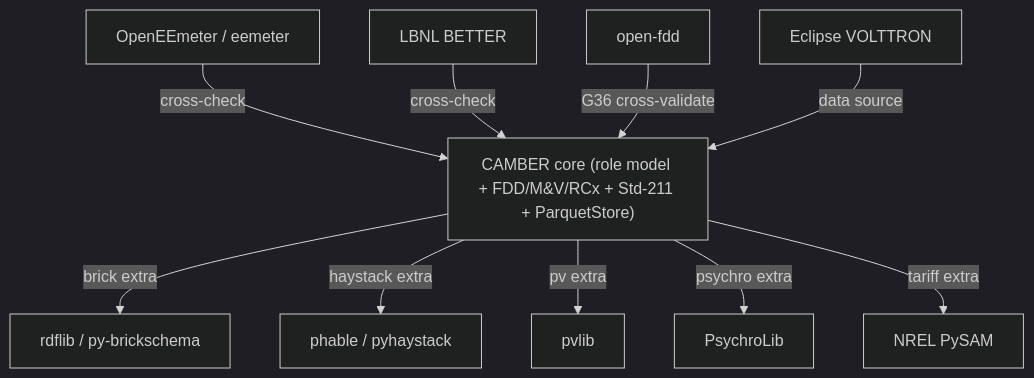
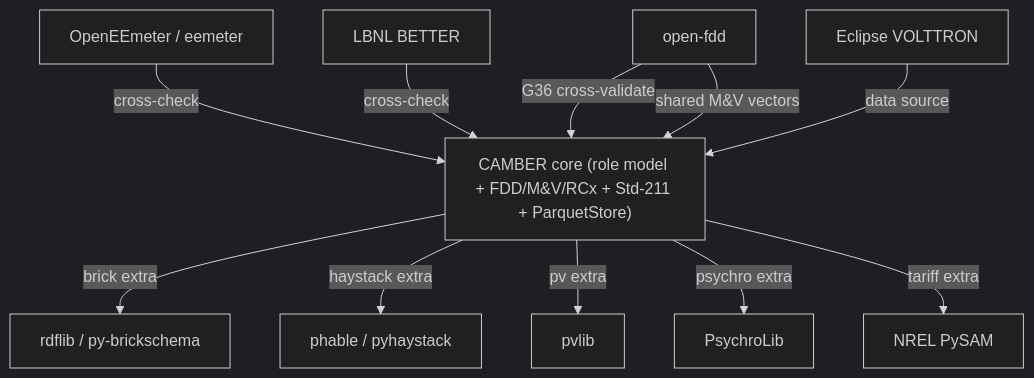
Before and after one commit to yroussev/camber: the diagram in docs/ECOSYSTEM.md, drawn with Mermaid (dark theme). The commit also changed other lines of this file and 48 other files, not shown here.

First line of the commit message:
0.98 wave 3: shared M&V test vectors and the open-fdd ECM ecosystem note

````diff
--- a/docs/ECOSYSTEM.md
+++ b/docs/ECOSYSTEM.md
@@ -10,13 +10,14 @@
 ```mermaid
 flowchart TD
   core["CAMBER core (role model + FDD/M&V/RCx + Std-211 + ParquetStore)"]
   core -- brick extra --> brick["rdflib / py-brickschema"]
   core -- haystack extra --> hay["phable / pyhaystack"]
   core -- pv extra --> pv["pvlib"]
   core -- psychro extra --> psy["PsychroLib"]
   core -- tariff extra --> pysam["NREL PySAM"]
   ee["OpenEEmeter / eemeter"] -- cross-check --> core
   better["LBNL BETTER"] -- cross-check --> core
   openfdd["open-fdd"] -- G36 cross-validate --> core
+  openfdd -- shared M&V vectors --> core
   volttron["Eclipse VOLTTRON"] -- data source --> core
 ```
````
